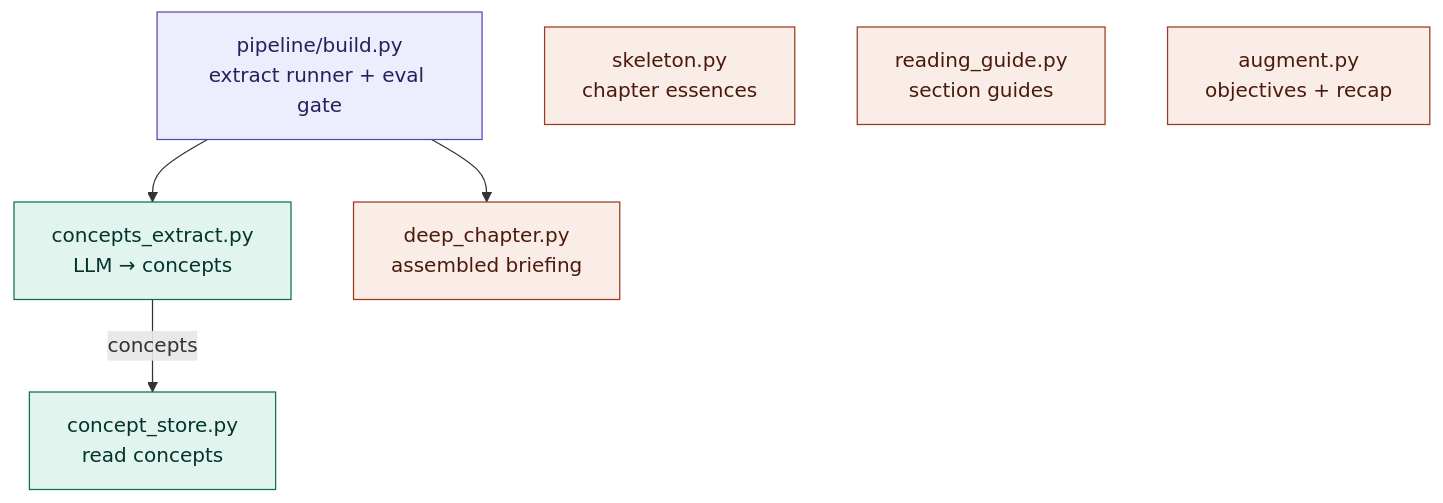
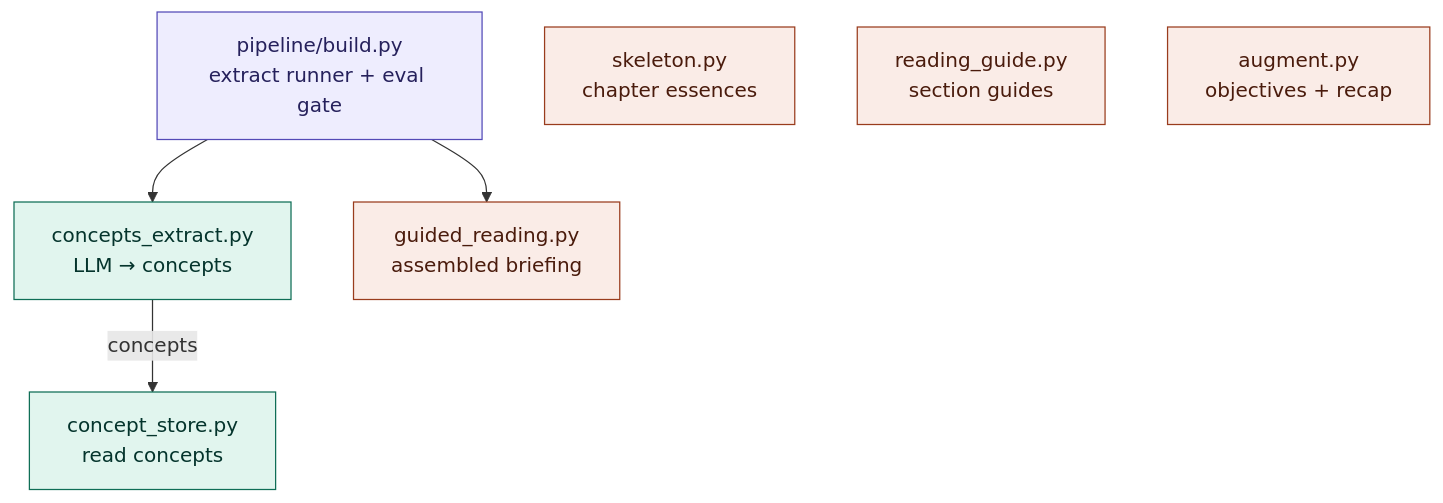
The fourth of 4 diagrams in MAP.md (Aiden-Ferrante/learnhub-core), drawn with Mermaid before and after one commit. The commit also changed other lines of this file, not shown here.

Commit message:
Fix stale MAP.md references to the renamed guided_reading module
The hand-authored Mermaid diagram + prose (not regenerated by gen_map)
still pointed at extraction/deep_chapter.py, leaving a dead link.

````diff
--- a/MAP.md
+++ b/MAP.md
@@ -355,29 +355,29 @@
 ```mermaid
 flowchart TD
   build["pipeline/build.py<br/>extract runner + eval gate"]
   concepts["concepts_extract.py<br/>LLM → concepts"]
   store["concept_store.py<br/>read concepts"]
-  deep["deep_chapter.py<br/>assembled briefing"]
+  deep["guided_reading.py<br/>assembled briefing"]
   skeleton["skeleton.py<br/>chapter essences"]
   guide["reading_guide.py<br/>section guides"]
   augment["augment.py<br/>objectives + recap"]
 
   build --> concepts
   build --> deep
   concepts -->|concepts| store
 
   classDef trig fill:#EEEDFE,stroke:#534AB7,color:#26215C;
   classDef core fill:#E1F5EE,stroke:#0F6E56,color:#04342C;
   classDef pass fill:#FAECE7,stroke:#993C1D,color:#4A1B0C;
   class build trig;
   class concepts,store core;
   class deep,skeleton,guide,augment pass;
 
   click build "https://github.com/Aiden-Ferrante/learnhub/blob/main/backend/app/pipeline/build.py"
   click concepts "https://github.com/Aiden-Ferrante/learnhub/blob/main/backend/app/extraction/concepts_extract.py"
   click store "https://github.com/Aiden-Ferrante/learnhub/blob/main/backend/app/extraction/concept_store.py"
-  click deep "https://github.com/Aiden-Ferrante/learnhub/blob/main/backend/app/extraction/deep_chapter.py"
+  click deep "https://github.com/Aiden-Ferrante/learnhub/blob/main/backend/app/extraction/guided_reading.py"
   click skeleton "https://github.com/Aiden-Ferrante/learnhub/blob/main/backend/app/extraction/skeleton.py"
   click guide "https://github.com/Aiden-Ferrante/learnhub/blob/main/backend/app/extraction/reading_guide.py"
   click augment "https://github.com/Aiden-Ferrante/learnhub/blob/main/backend/app/extraction/augment.py"
 ```
````
